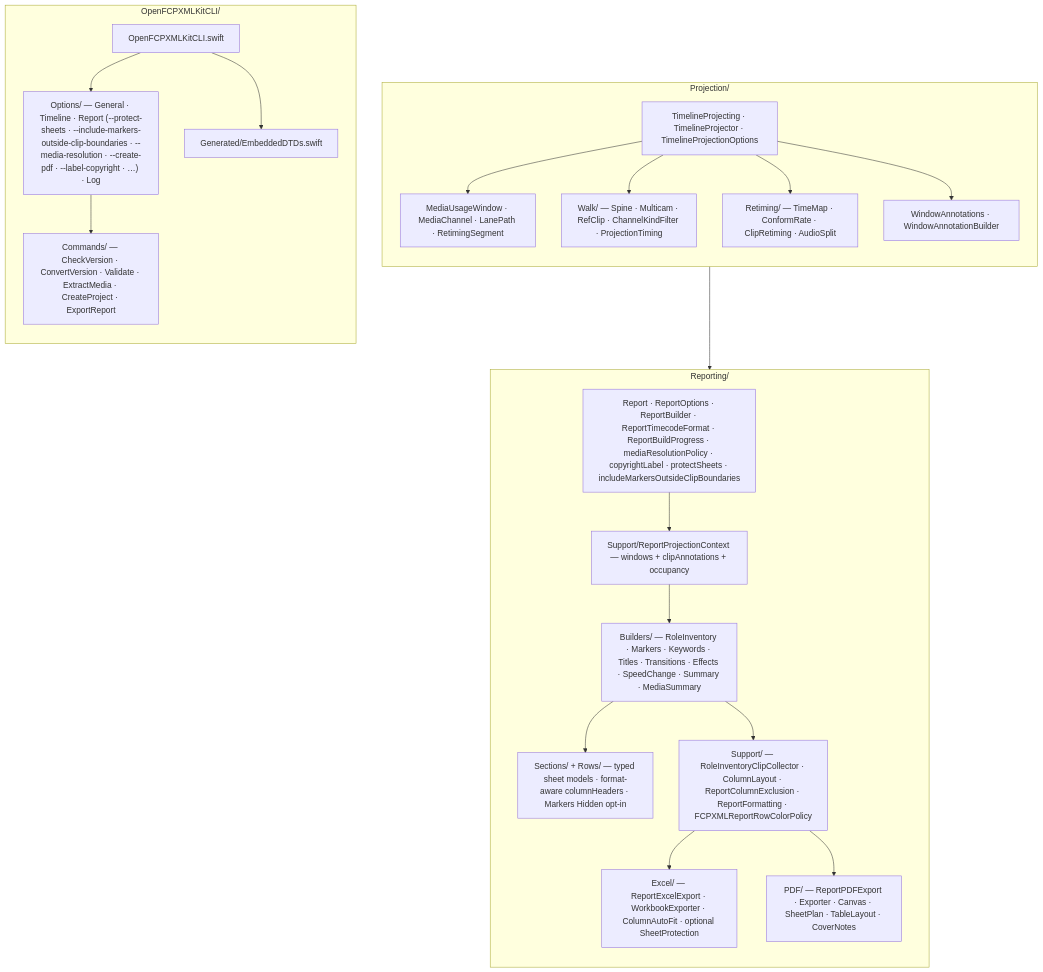
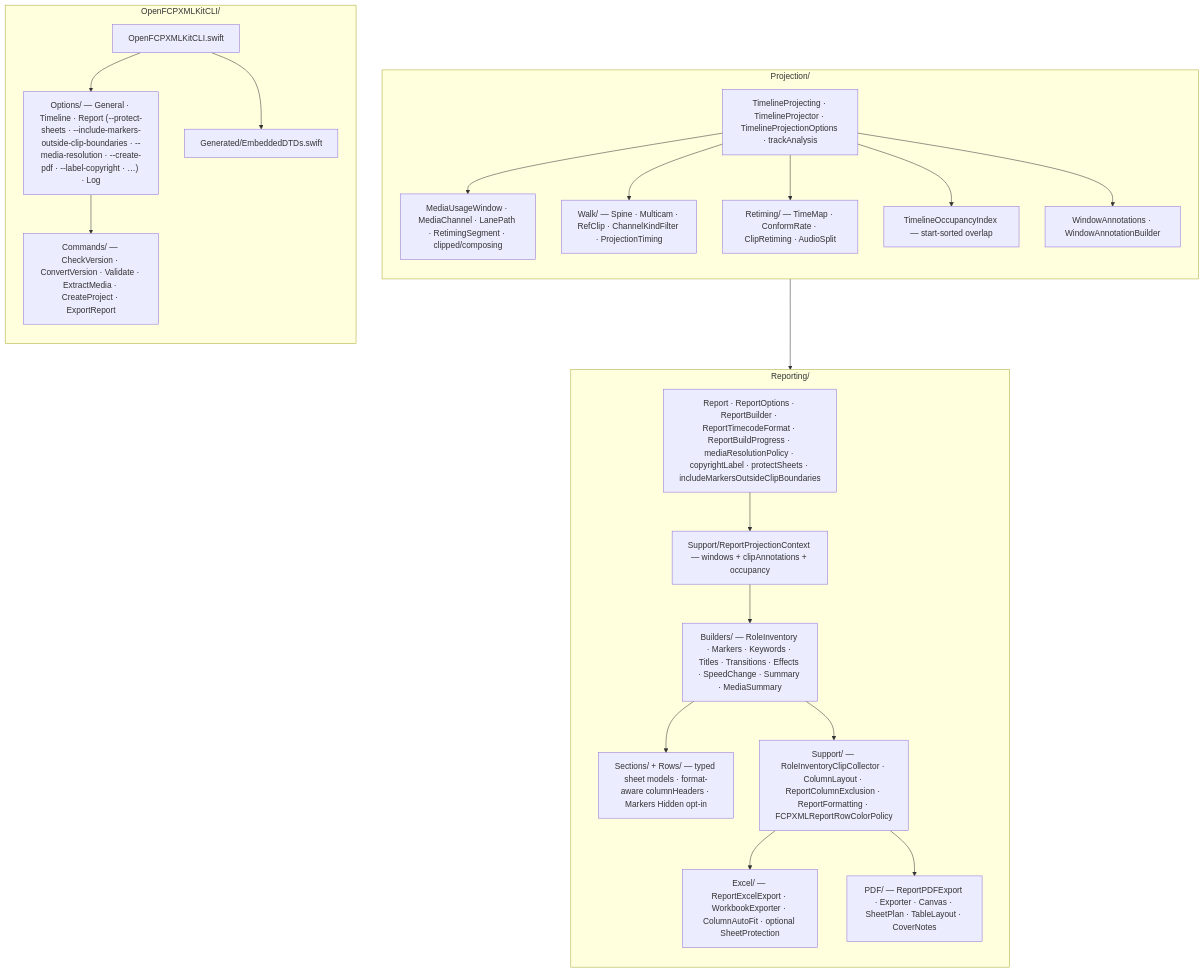
The fifth of 6 diagrams in ARCHITECTURE.md (TheAcharya/OpenFCPXMLKit), drawn with Mermaid before and after one commit. The commit also changed other lines of this file and 61 other files, not shown here.

````diff
--- a/ARCHITECTURE.md
+++ b/ARCHITECTURE.md
@@ -245,42 +297,44 @@
 ```mermaid
 flowchart TB
     subgraph PRJ_DETAIL["Projection/"]
         direction TB
-        P_API["TimelineProjecting · TimelineProjector · TimelineProjectionOptions"]
-        P_WIN["MediaUsageWindow · MediaChannel · LanePath · RetimingSegment"]
+        P_API["TimelineProjecting · TimelineProjector · TimelineProjectionOptions · trackAnalysis"]
+        P_WIN["MediaUsageWindow · MediaChannel · LanePath · RetimingSegment · clipped/composing"]
         P_WALK["Walk/ — Spine · Multicam · RefClip · ChannelKindFilter · ProjectionTiming"]
         P_RET["Retiming/ — TimeMap · ConformRate · ClipRetiming · AudioSplit"]
+        P_OCC["TimelineOccupancyIndex — start-sorted overlap"]
         P_ANN["WindowAnnotations · WindowAnnotationBuilder"]
         P_API --> P_WIN
         P_API --> P_WALK
         P_API --> P_RET
+        P_API --> P_OCC
         P_API --> P_ANN
     end
 
     subgraph REP_DETAIL["Reporting/"]
         direction TB
         R_TOP["Report · ReportOptions · ReportBuilder · ReportTimecodeFormat · ReportBuildProgress · mediaResolutionPolicy · copyrightLabel · protectSheets · includeMarkersOutsideClipBoundaries"]
         R_CTX["Support/ReportProjectionContext — windows + clipAnnotations + occupancy"]
         R_BLD["Builders/ — RoleInventory · Markers · Keywords · Titles · Transitions · Effects · SpeedChange · Summary · MediaSummary"]
         R_SEC["Sections/ + Rows/ — typed sheet models · format-aware columnHeaders · Markers Hidden opt-in"]
         R_SUP["Support/ — RoleInventoryClipCollector · ColumnLayout · ReportColumnExclusion · ReportFormatting · FCPXMLReportRowColorPolicy"]
         R_XLS["Excel/ — ReportExcelExport · WorkbookExporter · ColumnAutoFit · optional SheetProtection"]
         R_PDF["PDF/ — ReportPDFExport · Exporter · Canvas · SheetPlan · TableLayout · CoverNotes"]
         R_TOP --> R_CTX --> R_BLD --> R_SEC
         R_BLD --> R_SUP
         R_SUP --> R_XLS
         R_SUP --> R_PDF
     end
 
     PRJ_DETAIL --> REP_DETAIL
 
     subgraph CLI_DETAIL["OpenFCPXMLKitCLI/"]
         direction TB
         C_ROOT["OpenFCPXMLKitCLI.swift"]
         C_OPT["Options/ — General · Timeline · Report (--protect-sheets · --include-markers-outside-clip-boundaries · --media-resolution · --create-pdf · --label-copyright · …) · Log"]
         C_CMD["Commands/ — CheckVersion · ConvertVersion · Validate · ExtractMedia · CreateProject · ExportReport"]
         C_GEN["Generated/EmbeddedDTDs.swift"]
         C_ROOT --> C_OPT --> C_CMD
         C_ROOT --> C_GEN
     end
 ```
````
